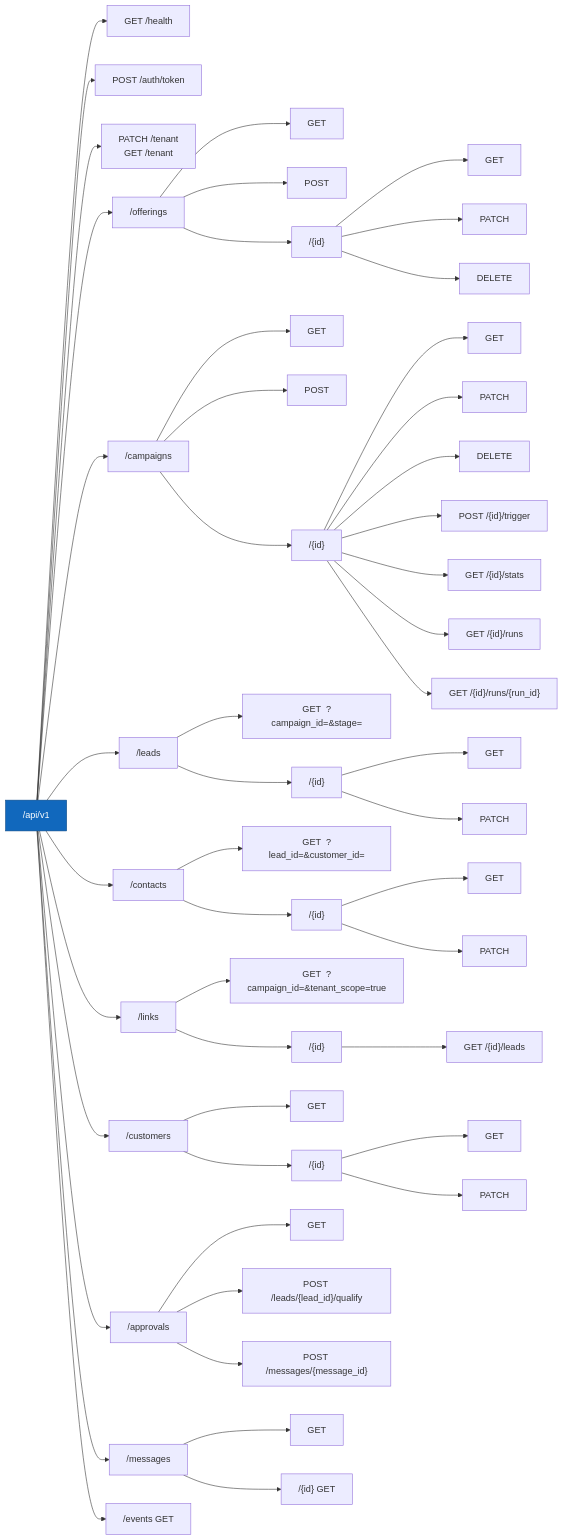
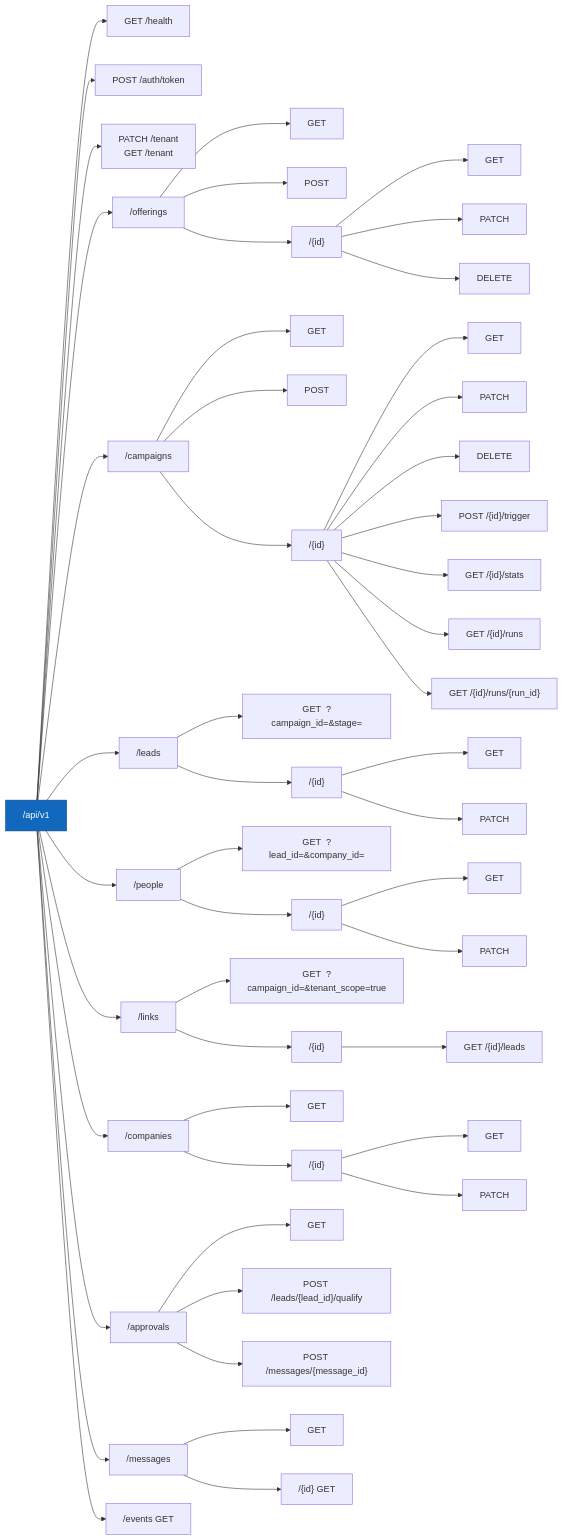
Before and after one commit to smallTechOrg/sales-agent: the first of 5 diagrams in spec/product/09-api.md, drawn with Mermaid. The commit also changed other lines of this file and 66 other files, not shown here.

````diff
--- a/spec/product/09-api.md
+++ b/spec/product/09-api.md
@@ -32,65 +32,65 @@
 ```mermaid
 flowchart LR
     root["/api/v1"]
 
     root --> health["GET /health"]
     root --> auth["POST /auth/token"]
 
     root --> tenant["PATCH /tenant\nGET /tenant"]
 
     root --> offerings["/offerings"]
     offerings --> off_list["GET"]
     offerings --> off_create["POST"]
     offerings --> off_id[" /{id}"]
     off_id --> off_get["GET"]
     off_id --> off_patch["PATCH"]
     off_id --> off_del["DELETE"]
 
     root --> campaigns["/campaigns"]
     campaigns --> camp_list["GET"]
     campaigns --> camp_create["POST"]
     campaigns --> camp_id["/{id}"]
     camp_id --> camp_get["GET"]
     camp_id --> camp_patch["PATCH"]
     camp_id --> camp_del["DELETE"]
     camp_id --> camp_trigger["POST /{id}/trigger"]
     camp_id --> camp_stats["GET /{id}/stats"]
     camp_id --> camp_runs["GET /{id}/runs"]
     camp_id --> camp_run_id["GET /{id}/runs/{run_id}"]
 
     root --> leads["/leads"]
     leads --> lead_list["GET  ?campaign_id=&stage="]
     leads --> lead_id["/{id}"]
     lead_id --> lead_get["GET"]
     lead_id --> lead_patch["PATCH"]
 
-    root --> contacts["/contacts"]
-    contacts --> cont_list["GET  ?lead_id=&customer_id="]
-    contacts --> cont_id["/{id}"]
-    cont_id --> cont_get["GET"]
-    cont_id --> cont_patch["PATCH"]
+    root --> people["/people"]
+    people --> people_list["GET  ?lead_id=&company_id="]
+    people --> people_id["/{id}"]
+    people_id --> people_get["GET"]
+    people_id --> people_patch["PATCH"]
 
     root --> links["/links"]
     links --> link_list["GET  ?campaign_id=&tenant_scope=true"]
     links --> link_id["/{id}"]
     link_id --> link_leads["GET /{id}/leads"]
 
-    root --> customers["/customers"]
-    customers --> cust_list["GET"]
-    customers --> cust_id["/{id}"]
-    cust_id --> cust_get["GET"]
-    cust_id --> cust_patch["PATCH"]
+    root --> companies["/companies"]
+    companies --> company_list["GET"]
+    companies --> company_id["/{id}"]
+    company_id --> company_get["GET"]
+    company_id --> company_patch["PATCH"]
 
     root --> approvals["/approvals"]
     approvals --> appr_list["GET"]
     approvals --> appr_qual["POST /leads/{lead_id}/qualify"]
     approvals --> appr_msg["POST /messages/{message_id}"]
 
     root --> messages["/messages"]
     messages --> msg_list["GET"]
     messages --> msg_id["/{id}  GET"]
 
     root --> events["/events  GET"]
 
     style root fill:#1168bd,color:#fff,stroke:#0b4884
 ```
````
